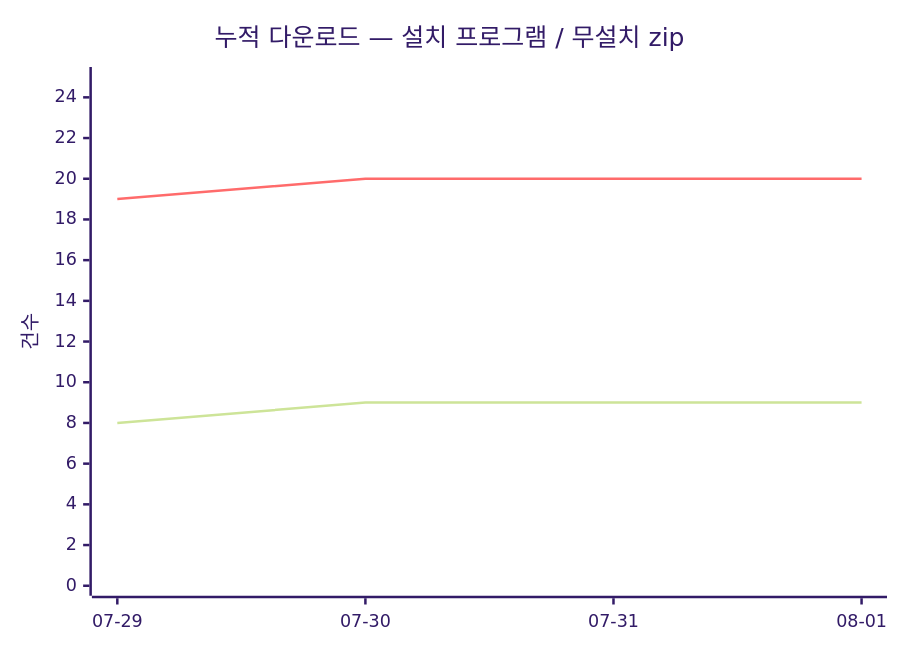
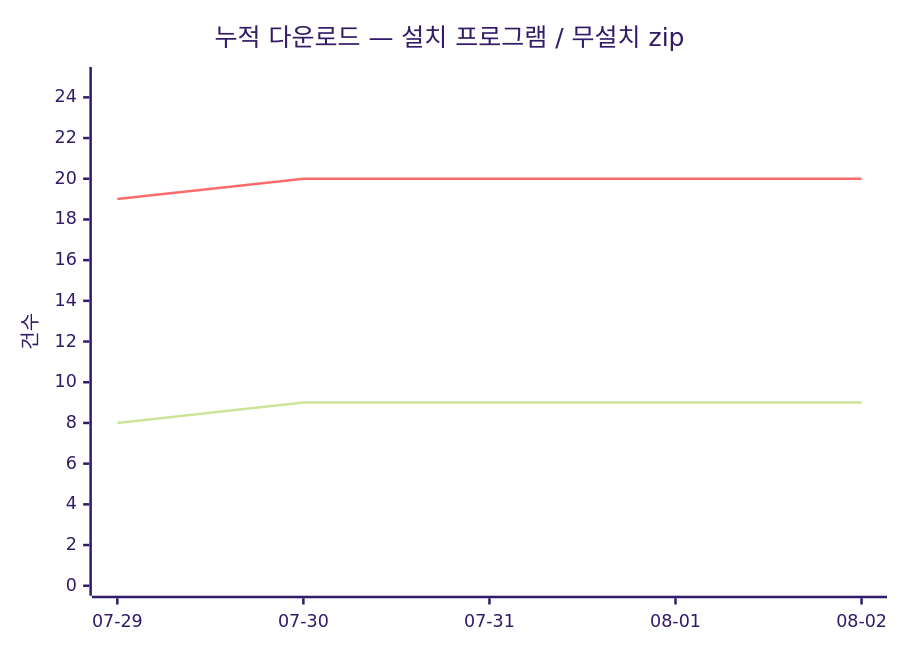
One commit to dodaseo/ibis-releases changed the diagram in README.md. Above: the diagram before and after it, drawn with Mermaid (forest theme). The commit also changed other lines of this file and 2 other files, not shown here.

Commit message:
chore(stats): 다운로드 스냅숏 2026-08-02

````diff
--- a/README.md
+++ b/README.md
@@ -132,8 +132,8 @@
 ```mermaid
 xychart-beta
     title "누적 다운로드 — 설치 프로그램 / 무설치 zip"
-    x-axis [07-29, 07-30, 07-31, 08-01]
+    x-axis [07-29, 07-30, 07-31, 08-01, 08-02]
     y-axis "건수" 0 --> 25
-    line [8, 9, 9, 9]
-    line [19, 20, 20, 20]
+    line [8, 9, 9, 9, 9]
+    line [19, 20, 20, 20, 20]
 ```
````
